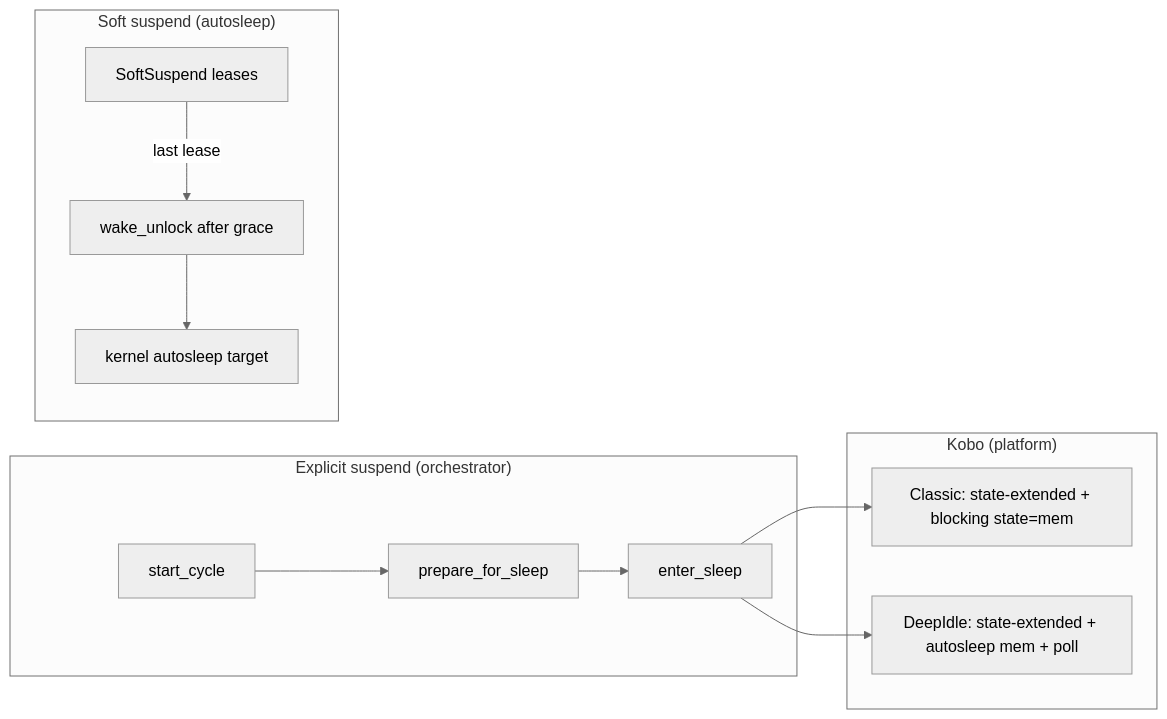
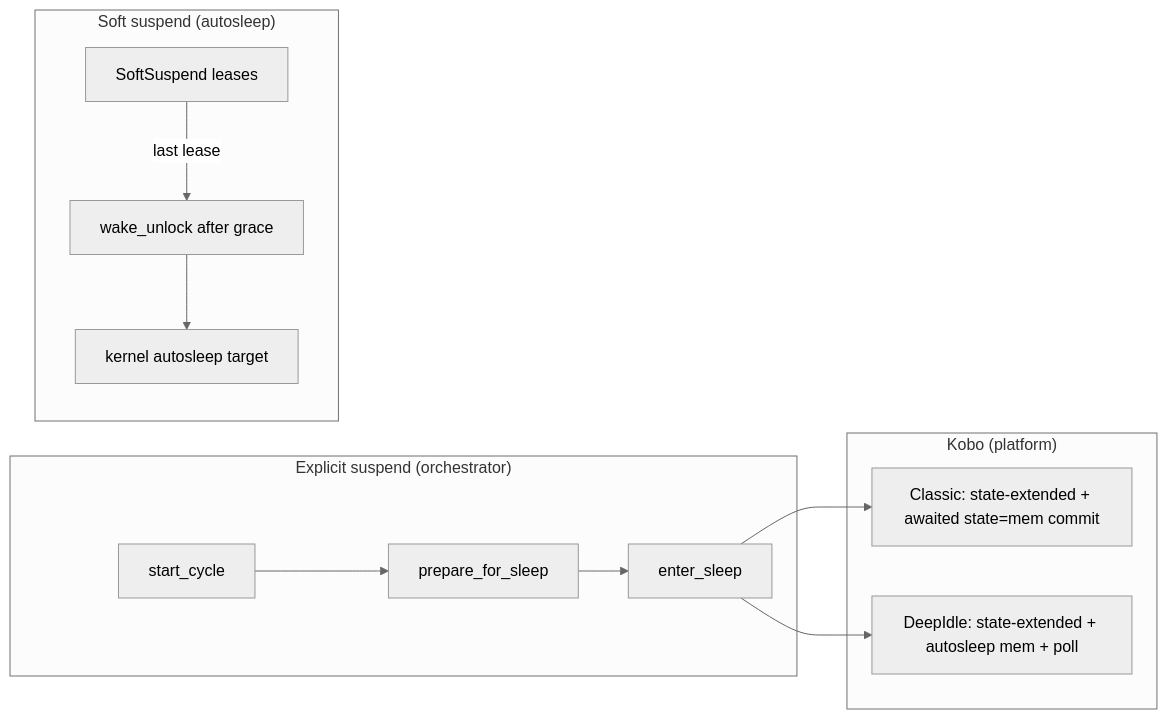
Before and after one commit to OGKevin/cadmus: the diagram in docs/src/contributing/device/suspend/index.md, drawn with Mermaid (neutral theme). The commit also changed other lines of this file and 94 other files, not shown here.

````diff
--- a/docs/src/contributing/device/suspend/index.md
+++ b/docs/src/contributing/device/suspend/index.md
@@ -18,25 +18,25 @@
 ```mermaid
 flowchart LR
   subgraph explicit ["Explicit suspend (orchestrator)"]
     start["start_cycle"]
     prepare["prepare_for_sleep"]
     sleep["enter_sleep"]
     start --> prepare --> sleep
   end
 
   subgraph opportunistic ["Soft suspend (autosleep)"]
     leases["SoftSuspend leases"]
     unlock["wake_unlock after grace"]
     autosleep["kernel autosleep target"]
     leases -->|"last lease"| unlock
     unlock --> autosleep
   end
 
   subgraph kobo ["Kobo (platform)"]
-    classic["Classic: state-extended + blocking state=mem"]
+    classic["Classic: state-extended + awaited state=mem commit"]
     deep["DeepIdle: state-extended + autosleep mem + poll"]
   end
 
   sleep --> classic
   sleep --> deep
 ```
````
